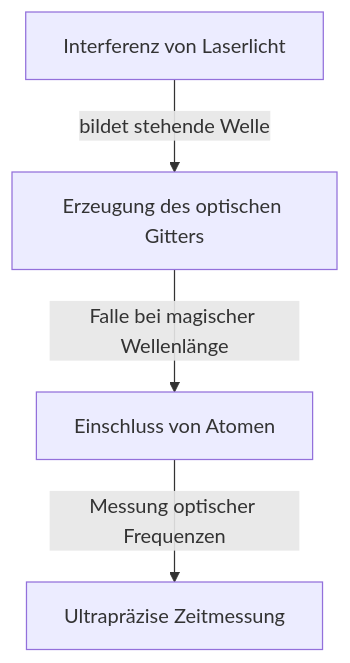
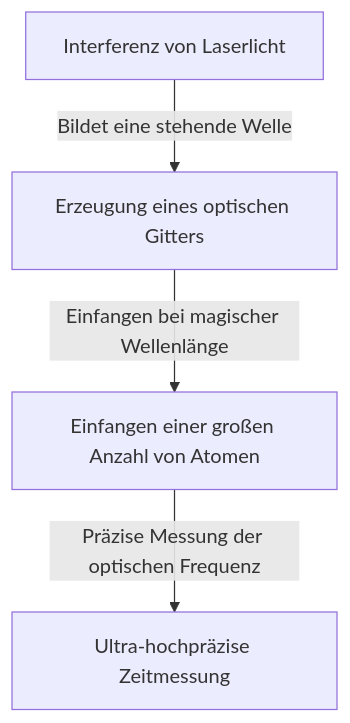
The third of 3 diagrams in content/post/history-of-timekeeping-technology/index.de.md (kenjinote/blog), drawn with Mermaid before and after one commit. The commit also changed other lines of this file and 129 other files, not shown here.

````diff
--- a/content/post/history-of-timekeeping-technology/index.de.md
+++ b/content/post/history-of-timekeeping-technology/index.de.md
@@ -67,6 +85,6 @@
 ```mermaid
 graph TD
-    A["Interferenz von Laserlicht"] -- "bildet stehende Welle" --> B["Erzeugung des optischen Gitters"]
-    B -- "Falle bei magischer Wellenlänge" --> C["Einschluss von Atomen"]
-    C -- "Messung optischer Frequenzen" --> D["Ultrapräzise Zeitmessung"]
+    A["Interferenz von Laserlicht"] -- "Bildet eine stehende Welle" --> B["Erzeugung eines optischen Gitters"]
+    B -- "Einfangen bei magischer Wellenlänge" --> C["Einfangen einer großen Anzahl von Atomen"]
+    C -- "Präzise Messung der optischen Frequenz" --> D["Ultra-hochpräzise Zeitmessung"]
 ```
````
